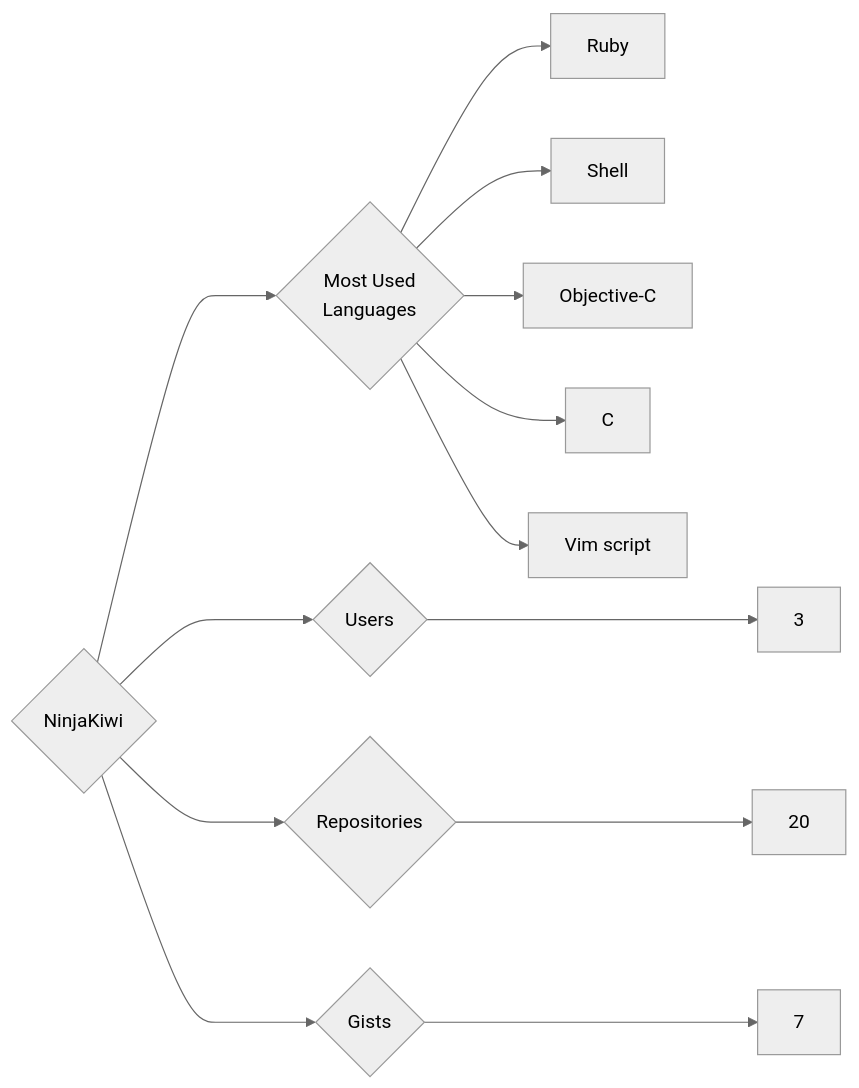
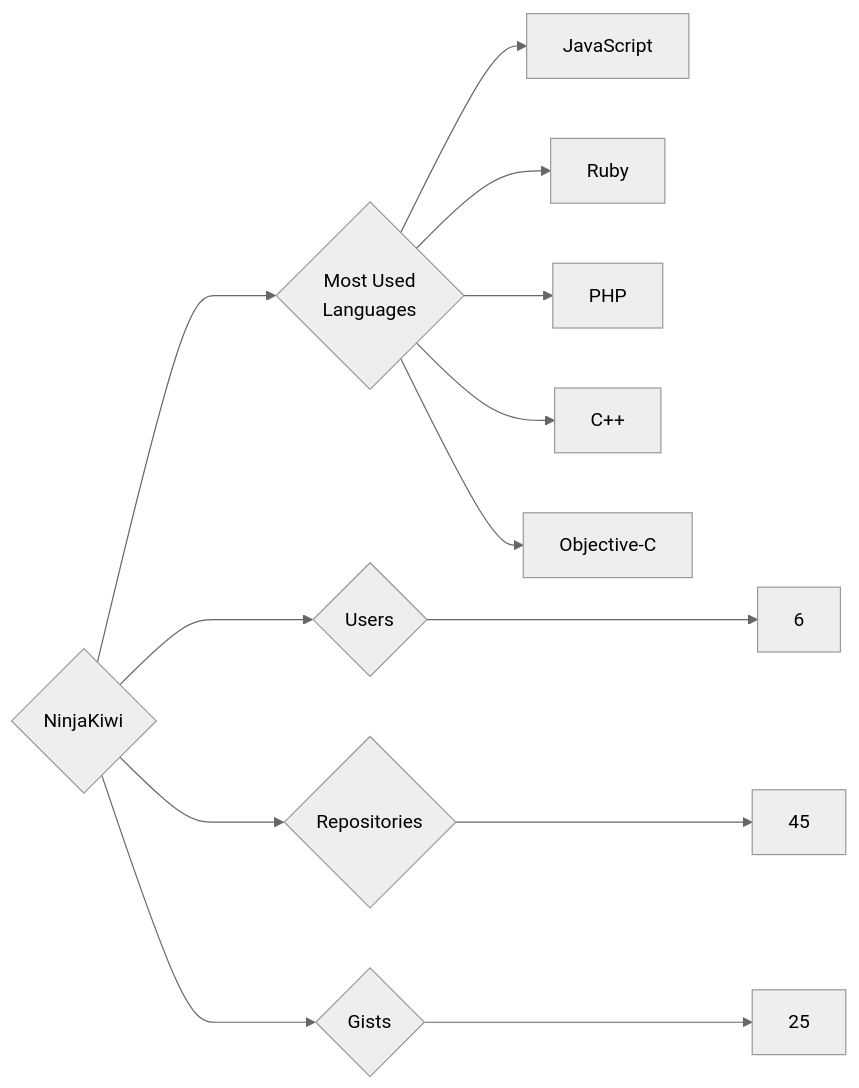
One commit to trickest/insiders changed the diagram in targets/NinjaKiwi/README.md. Above: the diagram before and after it, drawn with Mermaid (neutral theme). The commit also changed 912 other files, not shown here.

````diff
--- a/targets/NinjaKiwi/README.md
+++ b/targets/NinjaKiwi/README.md
@@ -3,13 +3,13 @@
 ```mermaid
 graph LR
 COMPANY_NAME{NinjaKiwi}
-COMPANY_NAME ---> U{Users} ---> UN[3]
-COMPANY_NAME ---> R{Repositories} ---> RN[20]
-COMPANY_NAME ---> G{Gists} ---> GN[7]
+COMPANY_NAME ---> U{Users} ---> UN[6]
+COMPANY_NAME ---> R{Repositories} ---> RN[45]
+COMPANY_NAME ---> G{Gists} ---> GN[25]
 COMPANY_NAME ---> ML{Most Used<br>Languages}
+ML --> JavaScript[JavaScript]
 ML --> Ruby[Ruby]
-ML --> Shell[Shell]
+ML --> PHP[PHP]
+ML --> C++[C++]
 ML --> Objective-C[Objective-C]
-ML --> C[C]
-ML --> Vim_script[Vim script]
 ```
````
